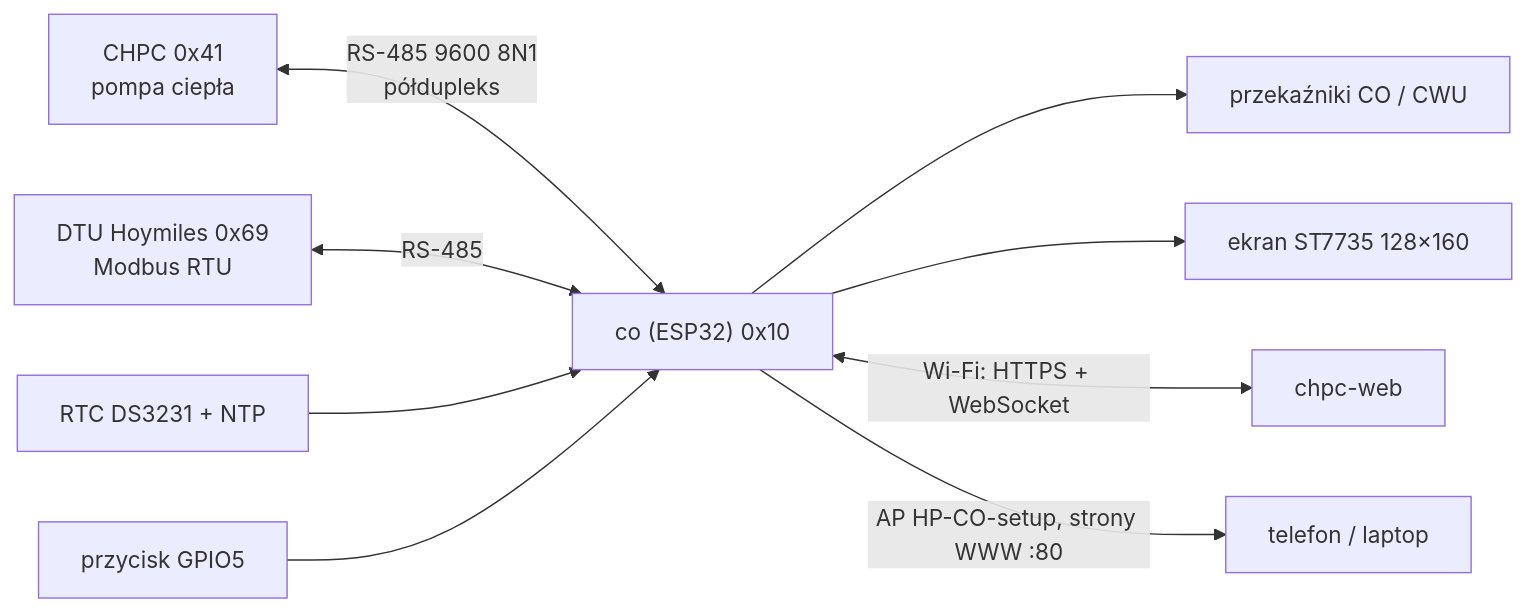
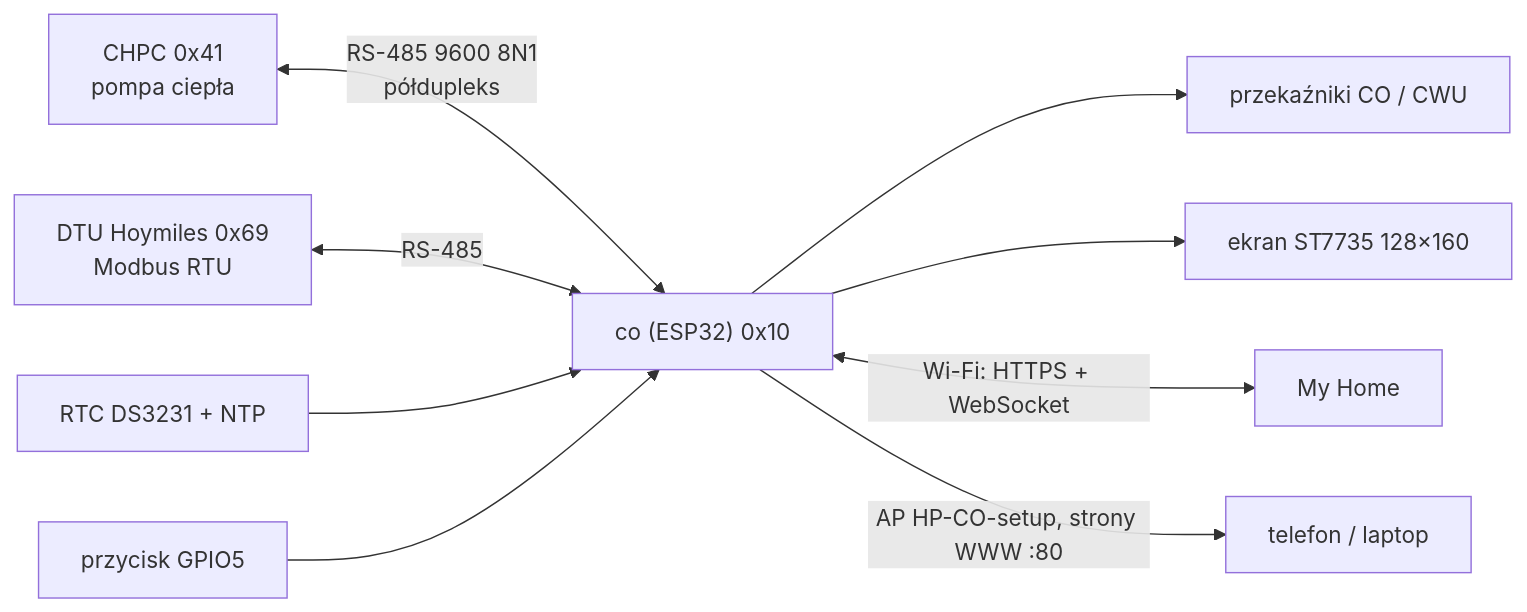
The first of 5 diagrams in devices/co/docs/2-zasada-dzialania.md (robertorlowski/chpc-web), drawn with Mermaid before and after one commit. The commit also changed other lines of this file and 37 other files, not shown here.

First line of the commit message:
Dokumentacja: nazwa systemu My Home zamiast chpc-web, README po angielsku

````diff
--- a/devices/co/docs/2-zasada-dzialania.md
+++ b/devices/co/docs/2-zasada-dzialania.md
@@ -7,12 +7,12 @@
 ```mermaid
 flowchart LR
     CHPC["CHPC 0x41<br/>pompa ciepła"] <-- "RS-485 9600 8N1<br/>półdupleks" --> CO
     DTU["DTU Hoymiles 0x69<br/>Modbus RTU"] <-- "RS-485" --> CO
     CO["co (ESP32) 0x10"]
     CO --> REL["przekaźniki CO / CWU"]
     CO --> LCD["ekran ST7735 128×160"]
     RTC["RTC DS3231 + NTP"] --> CO
     BTN["przycisk GPIO5"] --> CO
-    CO <-- "Wi-Fi: HTTPS + WebSocket" --> SRV["chpc-web"]
+    CO <-- "Wi-Fi: HTTPS + WebSocket" --> SRV["My Home"]
     CO -- "AP HP-CO-setup, strony WWW :80" --> USR["telefon / laptop"]
 ```
````
